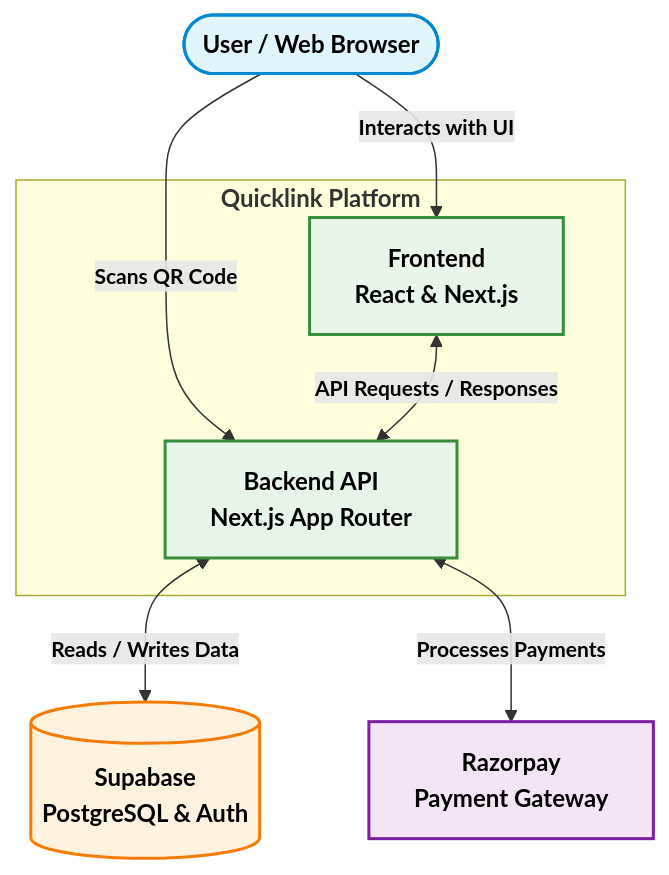
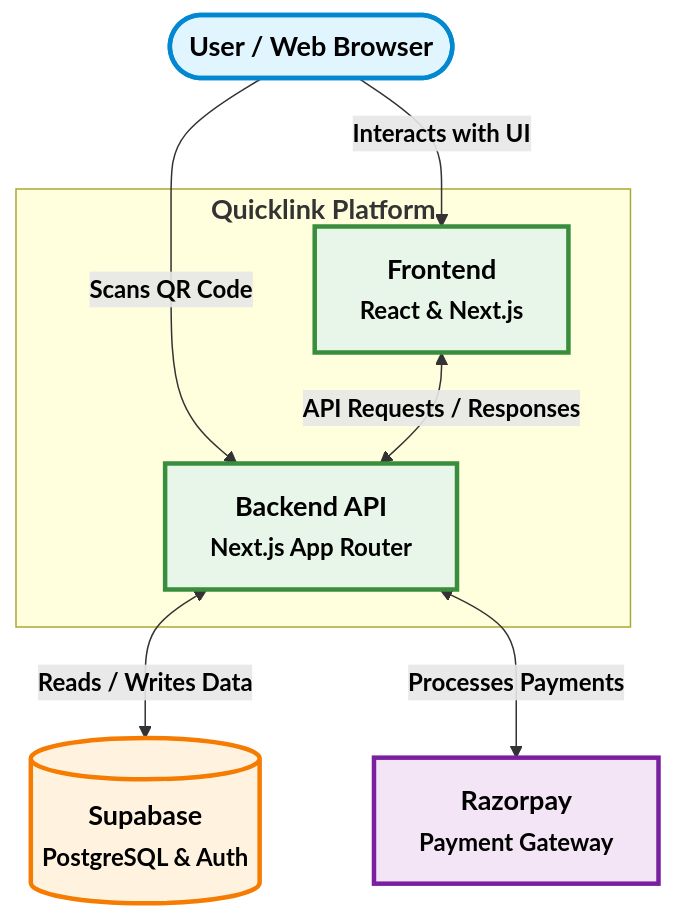
One commit to RaghuBharathi3/QuickLink changed the diagram in architecture.md. Above: the diagram before and after it, drawn with Mermaid.

Commit message:
Enhanced architecture diagram with bolder and more visible text

````diff
--- a/architecture.md
+++ b/architecture.md
@@ -5,29 +5,29 @@
 ```mermaid
 graph TD
-    %% Define Styles
-    classDef client fill:#e1f5fe,stroke:#0288d1,stroke-width:2px,color:#000000,font-weight:bold,font-size:16px;
-    classDef frontend fill:#e8f5e9,stroke:#388e3c,stroke-width:2px,color:#000000,font-weight:bold,font-size:16px;
-    classDef backend fill:#fff3e0,stroke:#f57c00,stroke-width:2px,color:#000000,font-weight:bold,font-size:16px;
-    classDef external fill:#f3e5f5,stroke:#7b1fa2,stroke-width:2px,color:#000000,font-weight:bold,font-size:16px;
-    classDef edgeLabel font-weight:bold,color:#000000,font-size:14px;
+    %% Define Styles with Enhanced Visibility
+    classDef client fill:#e1f5fe,stroke:#0288d1,stroke-width:3px,color:#000000,font-weight:bold,font-size:18px;
+    classDef frontend fill:#e8f5e9,stroke:#388e3c,stroke-width:3px,color:#000000,font-weight:bold,font-size:18px;
+    classDef backend fill:#fff3e0,stroke:#f57c00,stroke-width:3px,color:#000000,font-weight:bold,font-size:18px;
+    classDef external fill:#f3e5f5,stroke:#7b1fa2,stroke-width:3px,color:#000000,font-weight:bold,font-size:18px;
+    classDef edgeLabel font-weight:bold,color:#000000,font-size:16px;
 
-    %% Nodes
-    User([<b>User / Web Browser</b>]):::client
+    %% Nodes with Enhanced Text
+    User(["<b style='font-size:18px'>User / Web Browser</b>"]):::client
     
-    subgraph Quicklink_Platform [<b>Quicklink Platform</b>]
-        UI[<b>Frontend</b> <br/> React & Next.js]:::frontend
-        API[<b>Backend API</b> <br/> Next.js App Router]:::frontend
+    subgraph Quicklink_Platform ["<b style='font-size:18px'>Quicklink Platform</b>"]
+        UI["<b style='font-size:18px'>Frontend</b><br/><b style='font-size:16px'>React & Next.js</b>"]:::frontend
+        API["<b style='font-size:18px'>Backend API</b><br/><b style='font-size:16px'>Next.js App Router</b>"]:::frontend
     end
 
-    DB[(<b>Supabase</b> <br/> PostgreSQL & Auth)]:::backend
-    Payments[<b>Razorpay</b> <br/> Payment Gateway]:::external
+    DB[("<b style='font-size:18px'>Supabase</b><br/><b style='font-size:16px'>PostgreSQL & Auth</b>")]:::backend
+    Payments["<b style='font-size:18px'>Razorpay</b><br/><b style='font-size:16px'>Payment Gateway</b>"]:::external
 
-    %% Connections
-    User -->|<b>Interacts with UI</b>| UI
-    User -->|<b>Scans QR Code</b>| API
+    %% Connections with Bold Labels
+    User -->|<b style='font-size:16px'>Interacts with UI</b>| UI
+    User -->|<b style='font-size:16px'>Scans QR Code</b>| API
     
-    UI <-->|<b>API Requests / Responses</b>| API
+    UI <-->|<b style='font-size:16px'>API Requests / Responses</b>| API
     
-    API <-->|<b>Reads / Writes Data</b>| DB
-    API <-->|<b>Processes Payments</b>| Payments
+    API <-->|<b style='font-size:16px'>Reads / Writes Data</b>| DB
+    API <-->|<b style='font-size:16px'>Processes Payments</b>| Payments
 ```
````
